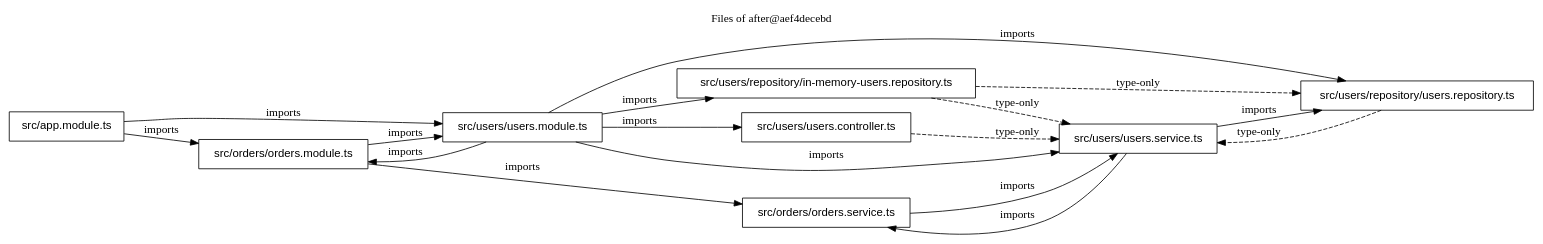
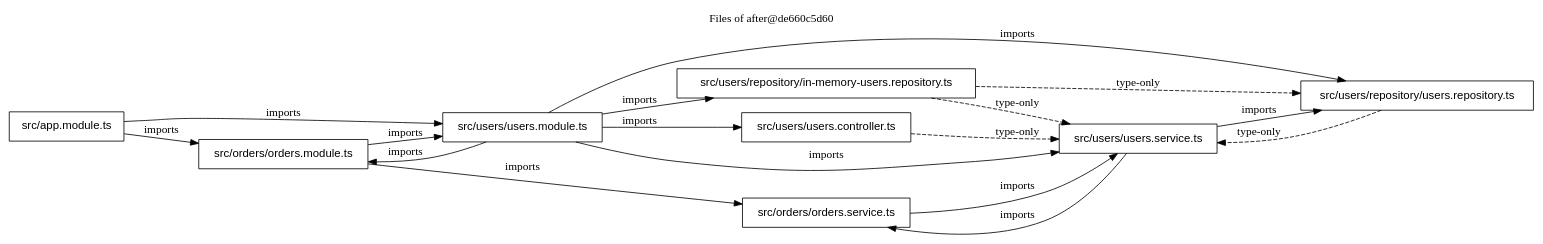
The diagram in examples/nest-shop/files-after.dot (FullFran/archsieve), drawn with Graphviz before and after one commit. The commit also changed 43 other files, not shown here.

```diff
--- a/examples/nest-shop/files-after.dot
+++ b/examples/nest-shop/files-after.dot
@@ -1,29 +1,29 @@
 digraph archsieve {
   rankdir=LR;
   node [shape=box, fontname="Helvetica"];
-  label="Files of after@aef4decebd"; labelloc=t;
+  label="Files of after@de660c5d60"; labelloc=t;
   "src/app.module.ts" [label="src/app.module.ts"];
   "src/orders/orders.module.ts" [label="src/orders/orders.module.ts"];
   "src/orders/orders.service.ts" [label="src/orders/orders.service.ts"];
   "src/users/repository/in-memory-users.repository.ts" [label="src/users/repository/in-memory-users.repository.ts"];
   "src/users/repository/users.repository.ts" [label="src/users/repository/users.repository.ts"];
   "src/users/users.controller.ts" [label="src/users/users.controller.ts"];
   "src/users/users.module.ts" [label="src/users/users.module.ts"];
   "src/users/users.service.ts" [label="src/users/users.service.ts"];
   "src/app.module.ts" -> "src/orders/orders.module.ts" [label="imports"];
   "src/app.module.ts" -> "src/users/users.module.ts" [label="imports"];
   "src/orders/orders.module.ts" -> "src/orders/orders.service.ts" [label="imports"];
   "src/orders/orders.module.ts" -> "src/users/users.module.ts" [label="imports"];
   "src/orders/orders.service.ts" -> "src/users/users.service.ts" [label="imports"];
   "src/users/repository/in-memory-users.repository.ts" -> "src/users/repository/users.repository.ts" [style=dashed, label="type-only"];
   "src/users/repository/in-memory-users.repository.ts" -> "src/users/users.service.ts" [style=dashed, label="type-only"];
   "src/users/repository/users.repository.ts" -> "src/users/users.service.ts" [style=dashed, label="type-only"];
   "src/users/users.controller.ts" -> "src/users/users.service.ts" [style=dashed, label="type-only"];
   "src/users/users.module.ts" -> "src/orders/orders.module.ts" [label="imports"];
   "src/users/users.module.ts" -> "src/users/repository/in-memory-users.repository.ts" [label="imports"];
   "src/users/users.module.ts" -> "src/users/repository/users.repository.ts" [label="imports"];
   "src/users/users.module.ts" -> "src/users/users.controller.ts" [label="imports"];
   "src/users/users.module.ts" -> "src/users/users.service.ts" [label="imports"];
   "src/users/users.service.ts" -> "src/orders/orders.service.ts" [label="imports"];
   "src/users/users.service.ts" -> "src/users/repository/users.repository.ts" [label="imports"];
 }
```
